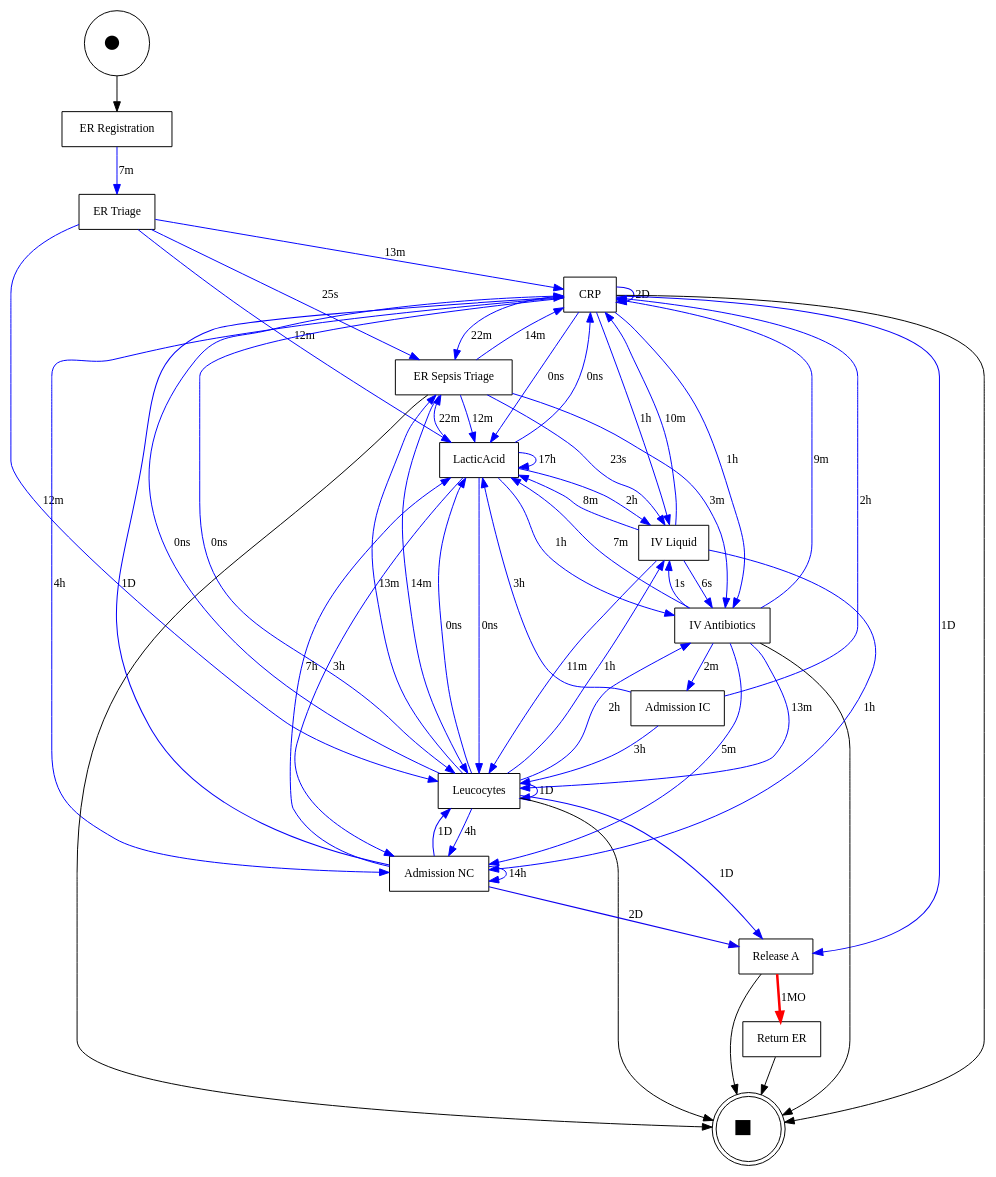
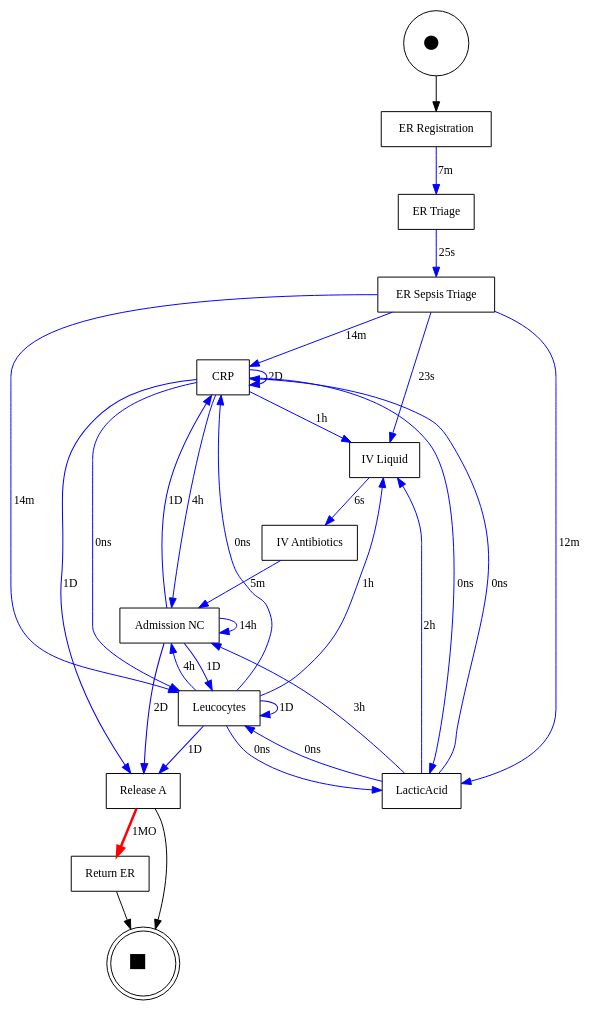
One commit to Evzett/laba_tad4 changed the diagram in outputs/figures/dfg_performance.gv. Above: the diagram before and after it, drawn with Graphviz. The commit also changed 24 other files, not shown here.

```diff
--- a/outputs/figures/dfg_performance.gv
+++ b/outputs/figures/dfg_performance.gv
@@ -1,80 +1,51 @@
 digraph {
 	graph [bgcolor=white rankdir=TB]
 	node [shape=box]
-	8934314465189750996 [label="ER Registration" fontsize=12]
-	975682804186060182 [label="ER Triage" fontsize=12]
-	4134793318498392625 [label=CRP fontsize=12]
-	1779619430255070527 [label="ER Sepsis Triage" fontsize=12]
-	5640469074720130362 [label=LacticAcid fontsize=12]
-	-9192230207476576516 [label=Leucocytes fontsize=12]
-	5910671103938360332 [label="Admission NC" fontsize=12]
-	-168274622517089324 [label="IV Antibiotics" fontsize=12]
-	9032825537952203376 [label="IV Liquid" fontsize=12]
-	-7841119660151316919 [label="Release A" fontsize=12]
-	2525960563336882141 [label="Admission IC" fontsize=12]
-	-7942025660018453168 [label="Return ER" fontsize=12]
-	8934314465189750996 -> 975682804186060182 [label="7m" color="#0000fe" fontsize=12 penwidth=1.0001857074783986]
-	975682804186060182 -> 5640469074720130362 [label="12m" color="#0000fe" fontsize=12 penwidth=1.0002836544606764]
-	4134793318498392625 -> 5640469074720130362 [label="0ns" color="#0000ff" fontsize=12 penwidth=1.0]
-	1779619430255070527 -> 5640469074720130362 [label="12m" color="#0000fe" fontsize=12 penwidth=1.00028424214257]
-	5640469074720130362 -> 5640469074720130362 [label="17h" color="#0300fb" fontsize=12 penwidth=1.0242595085705464]
-	-9192230207476576516 -> 5640469074720130362 [label="0ns" color="#0000ff" fontsize=12 penwidth=1.0]
-	4134793318498392625 -> 5910671103938360332 [label="4h" color="#0000fe" fontsize=12 penwidth=1.0056417461791969]
-	4134793318498392625 -> 9032825537952203376 [label="1h" color="#0000fe" fontsize=12 penwidth=1.0024933383808616]
-	1779619430255070527 -> 9032825537952203376 [label="23s" color="#0000fe" fontsize=12 penwidth=1.0000090111223696]
-	5640469074720130362 -> 5910671103938360332 [label="3h" color="#0000fe" fontsize=12 penwidth=1.005116358566259]
-	5640469074720130362 -> 9032825537952203376 [label="2h" color="#0000fe" fontsize=12 penwidth=1.0031813179843805]
-	-9192230207476576516 -> 5910671103938360332 [label="4h" color="#0000fe" fontsize=12 penwidth=1.0056417461791969]
-	-9192230207476576516 -> 9032825537952203376 [label="1h" color="#0000fe" fontsize=12 penwidth=1.0019942005591744]
-	5910671103938360332 -> 5640469074720130362 [label="7h" color="#0100fd" fontsize=12 penwidth=1.0109265735549737]
-	-168274622517089324 -> 5640469074720130362 [label="7m" color="#0000fe" fontsize=12 penwidth=1.000180222447391]
-	9032825537952203376 -> 5640469074720130362 [label="8m" color="#0000fe" fontsize=12 penwidth=1.0002111736937909]
-	5910671103938360332 -> 5910671103938360332 [label="14h" color="#0300fb" fontsize=12 penwidth=1.020863099013084]
-	-168274622517089324 -> 5910671103938360332 [label="5m" color="#0000fe" fontsize=12 penwidth=1.000137909351047]
-	-168274622517089324 -> 9032825537952203376 [label="1s" color="#0000fe" fontsize=12 penwidth=1.0000005876818936]
-	9032825537952203376 -> 5910671103938360332 [label="1h" color="#0000fe" fontsize=12 penwidth=1.0022600286690762]
-	-168274622517089324 -> 2525960563336882141 [label="2m" color="#0000fe" fontsize=12 penwidth=1.0000636655384805]
-	2525960563336882141 -> 5640469074720130362 [label="3h" color="#0000fe" fontsize=12 penwidth=1.004434255781677]
-	975682804186060182 -> 4134793318498392625 [label="13m" color="#0000fe" fontsize=12 penwidth=1.0003061822666002]
-	975682804186060182 -> 1779619430255070527 [label="25s" color="#0000fe" fontsize=12 penwidth=1.0000097946982278]
-	975682804186060182 -> -9192230207476576516 [label="12m" color="#0000fe" fontsize=12 penwidth=1.0003032438571318]
-	4134793318498392625 -> 4134793318498392625 [label="2D" color="#0a00f4" fontsize=12 penwidth=1.0677009541503621]
-	4134793318498392625 -> 1779619430255070527 [label="22m" color="#0000fe" fontsize=12 penwidth=1.0005324397956616]
-	4134793318498392625 -> -9192230207476576516 [label="0ns" color="#0000ff" fontsize=12 penwidth=1.0]
-	1779619430255070527 -> 4134793318498392625 [label="14m" color="#0000fe" fontsize=12 penwidth=1.0003420308621138]
-	1779619430255070527 -> -9192230207476576516 [label="14m" color="#0000fe" fontsize=12 penwidth=1.0003302772242404]
-	5640469074720130362 -> 4134793318498392625 [label="0ns" color="#0000ff" fontsize=12 penwidth=1.0]
-	5640469074720130362 -> 1779619430255070527 [label="22m" color="#0000fe" fontsize=12 penwidth=1.0005338110534137]
-	5640469074720130362 -> -9192230207476576516 [label="0ns" color="#0000ff" fontsize=12 penwidth=1.0]
-	-9192230207476576516 -> 4134793318498392625 [label="0ns" color="#0000ff" fontsize=12 penwidth=1.0]
-	-9192230207476576516 -> 1779619430255070527 [label="13m" color="#0000fe" fontsize=12 penwidth=1.0003155851768988]
-	-9192230207476576516 -> -9192230207476576516 [label="1D" color="#0500f9" fontsize=12 penwidth=1.033850477075181]
-	4134793318498392625 -> -168274622517089324 [label="1h" color="#0000fe" fontsize=12 penwidth=1.0020882296621612]
-	4134793318498392625 -> -7841119660151316919 [label="1D" color="#0700f7" fontsize=12 penwidth=1.0440761420249753]
-	1779619430255070527 -> -168274622517089324 [label="3m" color="#0000fe" fontsize=12 penwidth=1.0000781616918577]
-	5640469074720130362 -> -168274622517089324 [label="1h" color="#0000fe" fontsize=12 penwidth=1.0023158584489744]
-	-9192230207476576516 -> -168274622517089324 [label="2h" color="#0000fe" fontsize=12 penwidth=1.0028573093670057]
-	-9192230207476576516 -> -7841119660151316919 [label="1D" color="#0600f8" fontsize=12 penwidth=1.042665705480176]
-	5910671103938360332 -> 4134793318498392625 [label="1D" color="#0500f9" fontsize=12 penwidth=1.033981334243504]
-	5910671103938360332 -> -9192230207476576516 [label="1D" color="#0500f9" fontsize=12 penwidth=1.0352180128417425]
-	-168274622517089324 -> 4134793318498392625 [label="9m" color="#0000fe" fontsize=12 penwidth=1.0002145038911883]
-	-168274622517089324 -> -9192230207476576516 [label="13m" color="#0000fe" fontsize=12 penwidth=1.0003240086173748]
-	9032825537952203376 -> 4134793318498392625 [label="10m" color="#0000fe" fontsize=12 penwidth=1.0002354645453957]
-	9032825537952203376 -> -9192230207476576516 [label="11m" color="#0000fe" fontsize=12 penwidth=1.000258580033213]
-	5910671103938360332 -> -7841119660151316919 [label="2D" color="#0f00ef" fontsize=12 penwidth=1.0955445386964149]
-	9032825537952203376 -> -168274622517089324 [label="6s" color="#0000fe" fontsize=12 penwidth=1.0000023507275746]
-	-7841119660151316919 -> -7942025660018453168 [label="1MO" color="#fe0000" fontsize=12 penwidth=2.599999999996082]
-	2525960563336882141 -> 4134793318498392625 [label="2h" color="#0000fe" fontsize=12 penwidth=1.0028469269868843]
-	2525960563336882141 -> -9192230207476576516 [label="3h" color="#0000fe" fontsize=12 penwidth=1.0043551146199967]
+	-2808969121842259056 [label="ER Registration" fontsize=12]
+	-1821053137345718589 [label="ER Triage" fontsize=12]
+	6287353247569437850 [label="ER Sepsis Triage" fontsize=12]
+	4821387127135653758 [label=CRP fontsize=12]
+	-1217498794135541504 [label="IV Liquid" fontsize=12]
+	-5552485214876000034 [label=LacticAcid fontsize=12]
+	4187268779487178658 [label=Leucocytes fontsize=12]
+	-1366294988068027141 [label="Admission NC" fontsize=12]
+	-4071944102892324565 [label="IV Antibiotics" fontsize=12]
+	-7805217595282027388 [label="Release A" fontsize=12]
+	-1962504208668717462 [label="Return ER" fontsize=12]
+	-2808969121842259056 -> -1821053137345718589 [label="7m" color="#0000fe" fontsize=12 penwidth=1.0001857074783986]
+	-1821053137345718589 -> 6287353247569437850 [label="25s" color="#0000fe" fontsize=12 penwidth=1.0000097946982278]
+	6287353247569437850 -> 4821387127135653758 [label="14m" color="#0000fe" fontsize=12 penwidth=1.0003420308621138]
+	6287353247569437850 -> -1217498794135541504 [label="23s" color="#0000fe" fontsize=12 penwidth=1.0000090111223696]
+	6287353247569437850 -> -5552485214876000034 [label="12m" color="#0000fe" fontsize=12 penwidth=1.00028424214257]
+	6287353247569437850 -> 4187268779487178658 [label="14m" color="#0000fe" fontsize=12 penwidth=1.0003302772242404]
+	4821387127135653758 -> 4821387127135653758 [label="2D" color="#0a00f4" fontsize=12 penwidth=1.0677009541503621]
+	4821387127135653758 -> -1217498794135541504 [label="1h" color="#0000fe" fontsize=12 penwidth=1.0024933383808616]
+	4821387127135653758 -> -5552485214876000034 [label="0ns" color="#0000ff" fontsize=12 penwidth=1.0]
+	4821387127135653758 -> 4187268779487178658 [label="0ns" color="#0000ff" fontsize=12 penwidth=1.0]
+	-5552485214876000034 -> 4821387127135653758 [label="0ns" color="#0000ff" fontsize=12 penwidth=1.0]
+	-5552485214876000034 -> -1217498794135541504 [label="2h" color="#0000fe" fontsize=12 penwidth=1.0031813179843805]
+	-5552485214876000034 -> 4187268779487178658 [label="0ns" color="#0000ff" fontsize=12 penwidth=1.0]
+	4187268779487178658 -> 4821387127135653758 [label="0ns" color="#0000ff" fontsize=12 penwidth=1.0]
+	4187268779487178658 -> -1217498794135541504 [label="1h" color="#0000fe" fontsize=12 penwidth=1.0019942005591744]
+	4187268779487178658 -> -5552485214876000034 [label="0ns" color="#0000ff" fontsize=12 penwidth=1.0]
+	4187268779487178658 -> 4187268779487178658 [label="1D" color="#0500f9" fontsize=12 penwidth=1.033850477075181]
+	4821387127135653758 -> -1366294988068027141 [label="4h" color="#0000fe" fontsize=12 penwidth=1.0056417461791969]
+	-1217498794135541504 -> -4071944102892324565 [label="6s" color="#0000fe" fontsize=12 penwidth=1.0000023507275746]
+	-5552485214876000034 -> -1366294988068027141 [label="3h" color="#0000fe" fontsize=12 penwidth=1.005116358566259]
+	4187268779487178658 -> -1366294988068027141 [label="4h" color="#0000fe" fontsize=12 penwidth=1.0056417461791969]
+	-1366294988068027141 -> 4821387127135653758 [label="1D" color="#0500f9" fontsize=12 penwidth=1.033981334243504]
+	-1366294988068027141 -> 4187268779487178658 [label="1D" color="#0500f9" fontsize=12 penwidth=1.0352180128417425]
+	-1366294988068027141 -> -1366294988068027141 [label="14h" color="#0300fb" fontsize=12 penwidth=1.020863099013084]
+	-4071944102892324565 -> -1366294988068027141 [label="5m" color="#0000fe" fontsize=12 penwidth=1.000137909351047]
+	4821387127135653758 -> -7805217595282027388 [label="1D" color="#0700f7" fontsize=12 penwidth=1.0440761420249753]
+	4187268779487178658 -> -7805217595282027388 [label="1D" color="#0600f8" fontsize=12 penwidth=1.042665705480176]
+	-1366294988068027141 -> -7805217595282027388 [label="2D" color="#0f00ef" fontsize=12 penwidth=1.0955445386964149]
+	-7805217595282027388 -> -1962504208668717462 [label="1MO" color="#fe0000" fontsize=12 penwidth=2.599999999996082]
 	"@@startnode" [label=<&#9679;> fontsize=34 shape=circle]
-	"@@startnode" -> 8934314465189750996 [label="" fontsize=12 penwidth=1.0003898289894653]
+	"@@startnode" -> -2808969121842259056 [label="" fontsize=12 penwidth=1.0003898289894653]
 	"@@endnode" [label=<&#9632;> fontsize=32 shape=doublecircle]
-	-7841119660151316919 -> "@@endnode" [label="" fontsize=12 penwidth=1.0001539726561406]
-	-168274622517089324 -> "@@endnode" [label="" fontsize=12 penwidth=1.0000340855498326]
-	-7942025660018453168 -> "@@endnode" [label="" fontsize=12 penwidth=1.0001140102873713]
-	4134793318498392625 -> "@@endnode" [label="" fontsize=12 penwidth=1.0000160633050936]
-	1779619430255070527 -> "@@endnode" [label="" fontsize=12 penwidth=1.0000191976085264]
-	-9192230207476576516 -> "@@endnode" [label="" fontsize=12 penwidth=1.0000172386688808]
+	-7805217595282027388 -> "@@endnode" [label="" fontsize=12 penwidth=1.0001539726561406]
+	-1962504208668717462 -> "@@endnode" [label="" fontsize=12 penwidth=1.0001140102873713]
 	overlap=false
 	fontsize=11
 }
```
